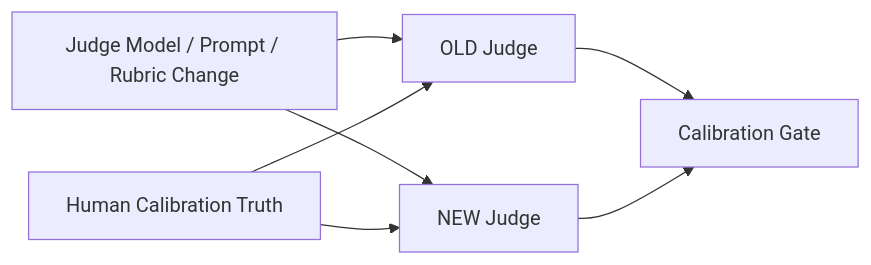
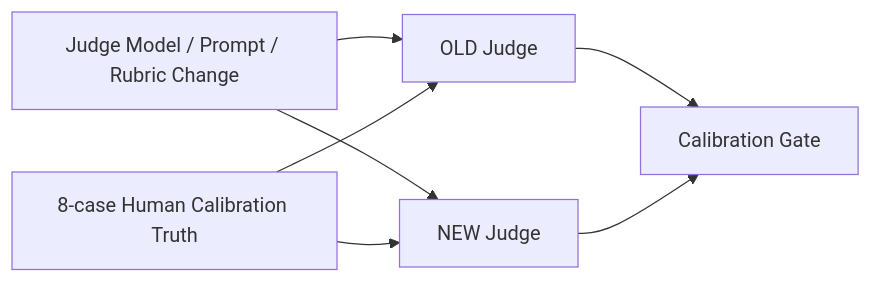
One commit to oleksandrserhieiev-beep/ai-qe-lab changed the seventh of 7 diagrams in docs/master_architecture.md. Above: the diagram before and after it, drawn with Mermaid. The commit also changed other lines of this file, not shown here.

Commit message:
Align master architecture with current specialized workflows

````diff
--- a/docs/master_architecture.md
+++ b/docs/master_architecture.md
@@ -209,9 +210,9 @@
 ```mermaid
 flowchart LR
     CHANGE["Judge Model / Prompt / Rubric Change"] --> OLD["OLD Judge"]
     CHANGE --> NEW["NEW Judge"]
-    HUMAN["Human Calibration Truth"] --> OLD
+    HUMAN["8-case Human Calibration Truth"] --> OLD
     HUMAN --> NEW
     OLD --> GATE["Calibration Gate"]
     NEW --> GATE
 ```
````
